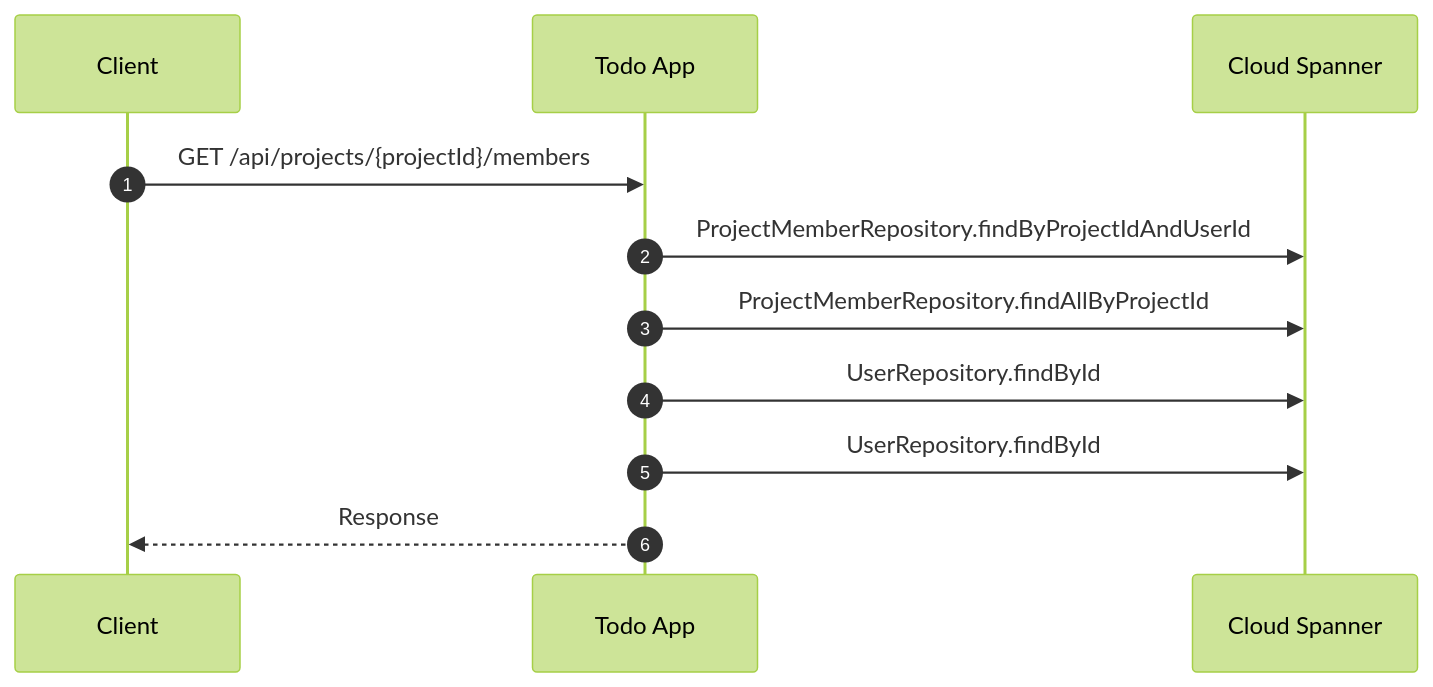
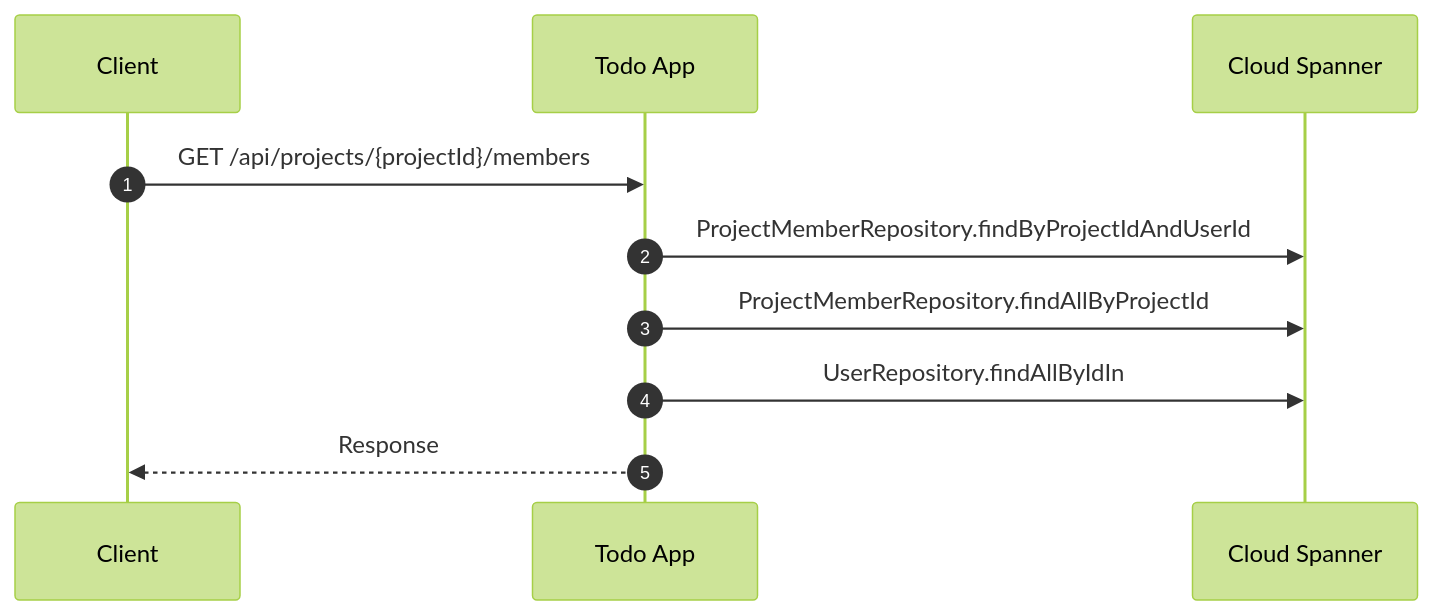
Before and after one commit to tom009924/sandbox: diagram 26 of 28 in docs/architecture/external-connection-order.md, drawn with Mermaid (forest theme). The commit also changed other lines of this file and 6 other files, not shown here.

Commit message:
refactor(project): batch member user lookups and remove redundant repository queries

````diff
--- a/docs/architecture/external-connection-order.md
+++ b/docs/architecture/external-connection-order.md
@@ -434,13 +434,12 @@
 ```mermaid
 sequenceDiagram
     autonumber
     participant Client
     participant App as Todo App
     participant Spanner as Cloud Spanner
     Client->>App: GET /api/projects/{projectId}/members
     App->>Spanner: ProjectMemberRepository.findByProjectIdAndUserId
     App->>Spanner: ProjectMemberRepository.findAllByProjectId
-    App->>Spanner: UserRepository.findById
-    App->>Spanner: UserRepository.findById
+    App->>Spanner: UserRepository.findAllByIdIn
     App-->>Client: Response
 ```
````
